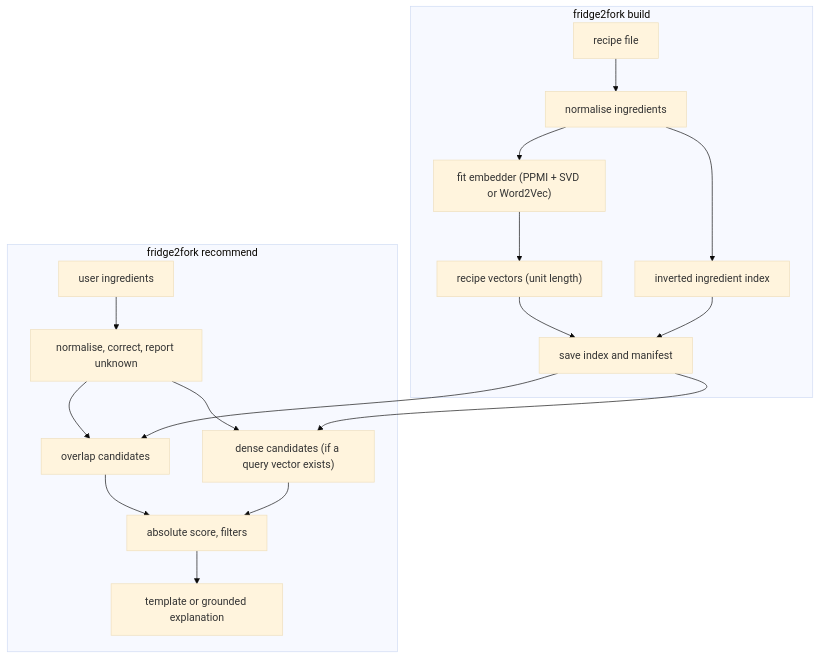
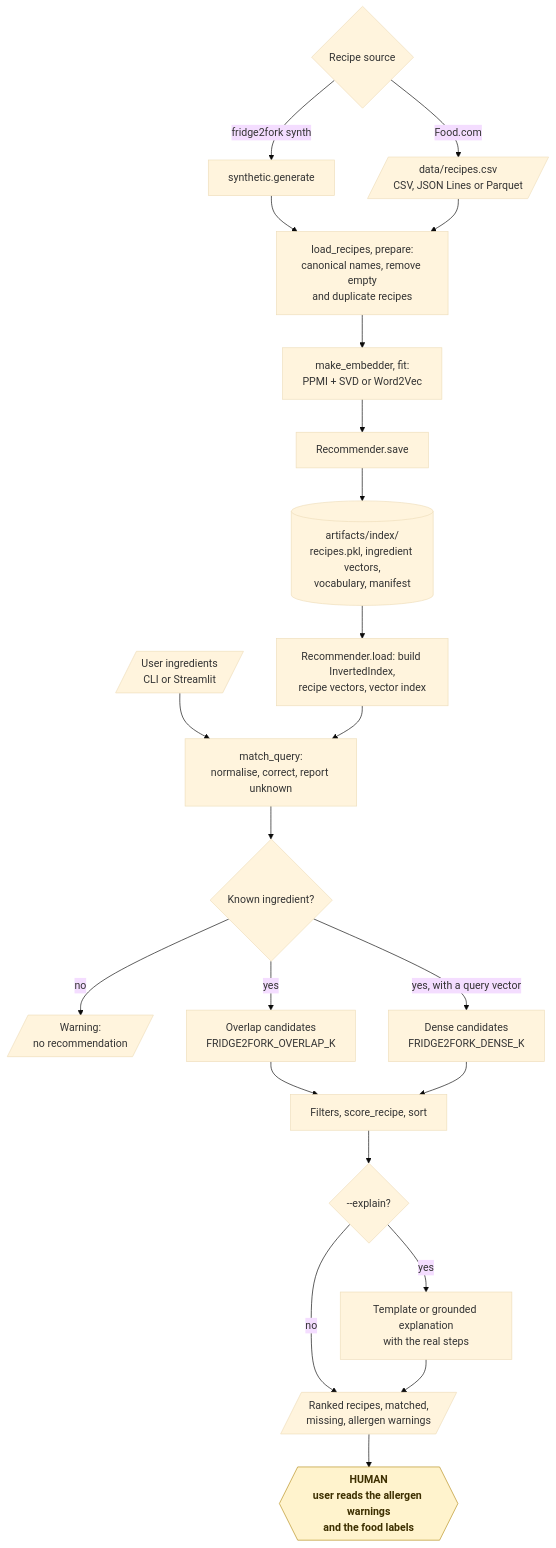
Before and after one commit to KrishnaAnnavaram/fridge2fork: the fifth of 21 diagrams in README.md, drawn with Mermaid (base theme). The commit also changed other lines of this file, not shown here.

Commit message:
Add the workflow diagrams to the README

````diff
--- a/README.md
+++ b/README.md
@@ -191,21 +248,27 @@
 ```mermaid
-flowchart TB
-    subgraph build["fridge2fork build"]
-        RAW["recipe file"] --> NORM["normalise ingredients"]
-        NORM --> EMB["fit embedder (PPMI + SVD or Word2Vec)"]
-        NORM --> INV["inverted ingredient index"]
-        EMB --> VEC["recipe vectors (unit length)"]
-        VEC --> SAVE["save index and manifest"]
-        INV --> SAVE
-    end
-    subgraph query["fridge2fork recommend"]
-        Q["user ingredients"] --> QN["normalise, correct, report unknown"]
-        QN --> C1["overlap candidates"]
-        QN --> C2["dense candidates (if a query vector exists)"]
-        C1 --> RANK["absolute score, filters"]
-        C2 --> RANK
-        RANK --> EXP["template or grounded explanation"]
-    end
-    SAVE --> C1
-    SAVE --> C2
+flowchart TD
+    SRC{"Recipe source"} -- "fridge2fork synth" --> SYN["synthetic.generate"]
+    SRC -- "Food.com" --> FILE[/"data/recipes.csv<br/>CSV, JSON Lines or Parquet"/]
+    SYN --> LOAD["load_recipes, prepare:<br/>canonical names, remove empty<br/>and duplicate recipes"]
+    FILE --> LOAD
+    LOAD --> EMB["make_embedder, fit:<br/>PPMI + SVD or Word2Vec"]
+    EMB --> SAVE["Recommender.save"]
+    SAVE --> STORE[("artifacts/index/<br/>recipes.pkl, ingredient vectors,<br/>vocabulary, manifest")]
+    STORE --> LOADI["Recommender.load: build InvertedIndex,<br/>recipe vectors, vector index"]
+    Q[/"User ingredients<br/>CLI or Streamlit"/] --> MQ["match_query:<br/>normalise, correct, report unknown"]
+    LOADI --> MQ
+    MQ --> KN{"Known ingredient?"}
+    KN -- "no" --> NONE[/"Warning:<br/>no recommendation"/]
+    KN -- "yes" --> C1["Overlap candidates<br/>FRIDGE2FORK_OVERLAP_K"]
+    KN -- "yes, with a query vector" --> C2["Dense candidates<br/>FRIDGE2FORK_DENSE_K"]
+    C1 --> RANK["Filters, score_recipe, sort"]
+    C2 --> RANK
+    RANK --> EXQ{"--explain?"}
+    EXQ -- "no" --> OUT[/"Ranked recipes, matched,<br/>missing, allergen warnings"/]
+    EXQ -- "yes" --> EXP["Template or grounded explanation<br/>with the real steps"]
+    EXP --> OUT
+    OUT --> HUMAN{{"HUMAN<br/>user reads the allergen warnings<br/>and the food labels"}}
+
+    classDef human fill:#fff3cd,stroke:#b8901f,color:#3d2f00,font-weight:bold
+    class HUMAN human
 ```
````
